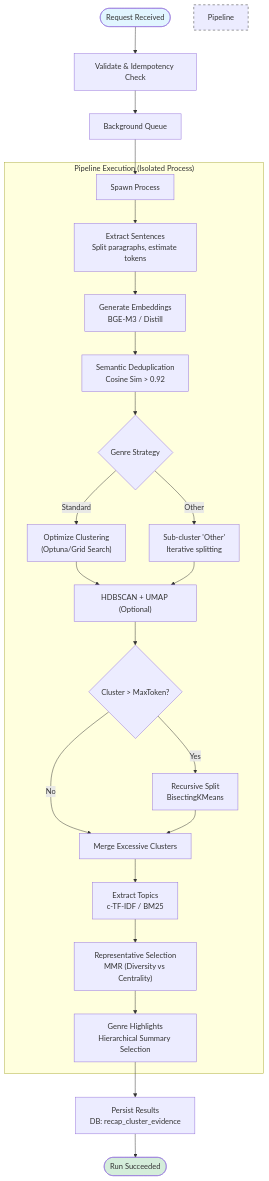
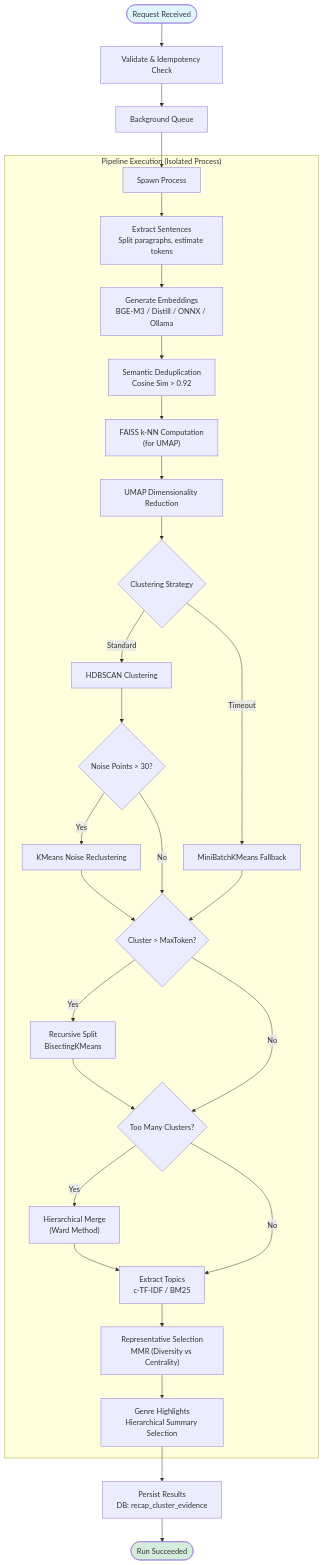
One commit to Kaikei-e/Alt changed the first of 4 diagrams in docs/services/recap-subworker.md. Above: the diagram before and after it, drawn with Mermaid. The commit also changed other lines of this file and 11 other files, not shown here.

First line of the commit message:
docs: Update service documentation with latest reviews and architectural changes

````diff
--- a/docs/services/recap-subworker.md
+++ b/docs/services/recap-subworker.md
@@ -51,38 +97,44 @@
 ```mermaid
 flowchart TB
     Start([Request Received]) --> Validate["Validate & Idempotency Check"]
     Validate --> Queue["Background Queue"]
     Queue --> Spawn["Spawn Process"]
 
     subgraph "Pipeline Execution (Isolated Process)"
         Spawn --> Extract["Extract Sentences<br/>Split paragraphs, estimate tokens"]
-        Extract --> Embed["Generate Embeddings<br/>BGE-M3 / Distill"]
+        Extract --> Embed["Generate Embeddings<br/>BGE-M3 / Distill / ONNX / Ollama"]
         Embed --> Dedup["Semantic Deduplication<br/>Cosine Sim > 0.92"]
 
-        Dedup --> ClusterStrategy{"Genre Strategy"}
-        ClusterStrategy -->|Other| SubCluster["Sub-cluster 'Other'<br/>Iterative splitting"]
-        ClusterStrategy -->|Standard| Optimize["Optimize Clustering<br/>(Optuna/Grid Search)"]
+        Dedup --> FAISS["FAISS k-NN Computation<br/>(for UMAP)"]
+        FAISS --> UMAP["UMAP Dimensionality Reduction"]
 
-        Optimize --> HDBSCAN["HDBSCAN + UMAP (Optional)"]
-        SubCluster --> HDBSCAN
+        UMAP --> ClusterStrategy{"Clustering Strategy"}
+        ClusterStrategy -->|Standard| HDBSCAN["HDBSCAN Clustering"]
+        ClusterStrategy -->|Timeout| KMeans["MiniBatchKMeans Fallback"]
 
-        HDBSCAN --> RecursiveCheck{Cluster > MaxToken?}
+        HDBSCAN --> NoiseCheck{Noise Points > 30?}
+        NoiseCheck -->|Yes| NoiseRecluster["KMeans Noise Reclustering"]
+        NoiseCheck -->|No| RecursiveCheck
+        KMeans --> RecursiveCheck
+
+        NoiseRecluster --> RecursiveCheck{Cluster > MaxToken?}
         RecursiveCheck -->|Yes| Bisect["Recursive Split<br/>BisectingKMeans"]
-        RecursiveCheck -->|No| Merge
+        RecursiveCheck -->|No| MergeCheck
 
-        Bisect --> Merge["Merge Excessive Clusters"]
+        Bisect --> MergeCheck{Too Many Clusters?}
+        MergeCheck -->|Yes| HierMerge["Hierarchical Merge<br/>(Ward Method)"]
+        MergeCheck -->|No| Topics
 
-        Merge --> Topics["Extract Topics<br/>c-TF-IDF / BM25"]
+        HierMerge --> Topics["Extract Topics<br/>c-TF-IDF / BM25"]
 
         Topics --> Select["Representative Selection<br/>MMR (Diversity vs Centrality)"]
 
         Select --> Highlights["Genre Highlights<br/>Hierarchical Summary Selection"]
     end
 
     Highlights --> Persist["Persist Results<br/>DB: recap_cluster_evidence"]
     Persist --> Complete([Run Succeeded])
 
     style Start fill:#e1f5ff
     style Complete fill:#d4edda
-    style Pipeline Execution fill:#f9f9f9,stroke:#333,stroke-dasharray: 5 5
 ```
````
